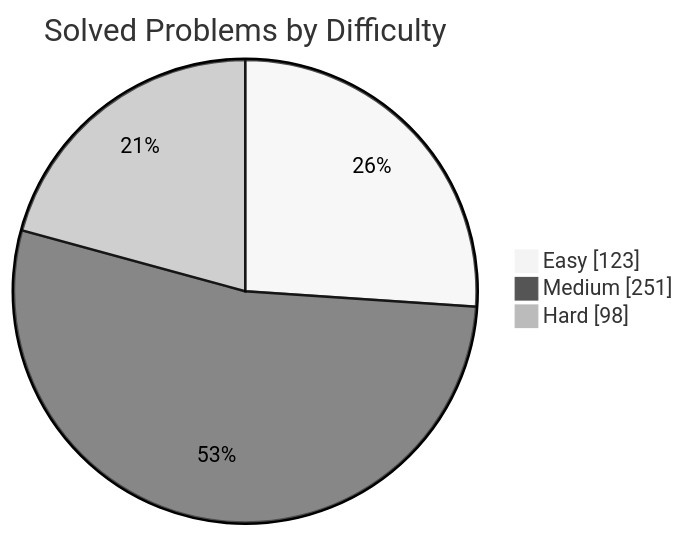
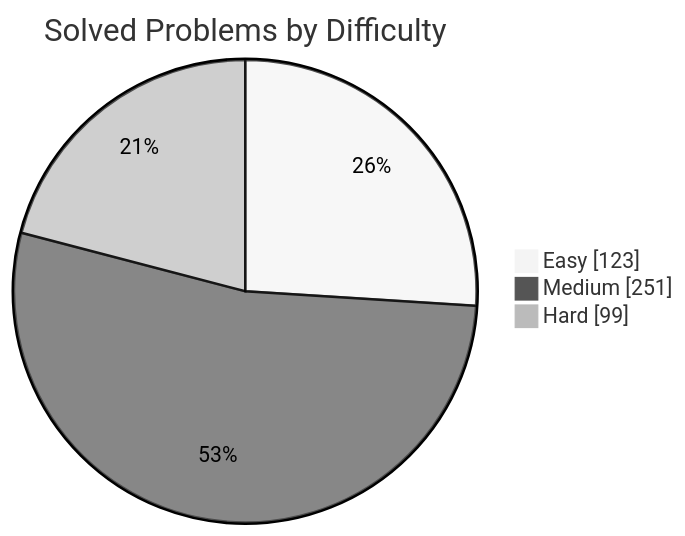
Before and after one commit to manikantbindass/DSA-Preparation-FAANG: the first of 2 diagrams in README.md, drawn with Mermaid (neutral theme). The commit also changed other lines of this file and 1 other file, not shown here.

````diff
--- a/README.md
+++ b/README.md
@@ -77,7 +77,7 @@
 ```mermaid
 pie showData
     title Solved Problems by Difficulty
     "Easy" : 123
     "Medium" : 251
-    "Hard" : 98
+    "Hard" : 99
 ```
````
